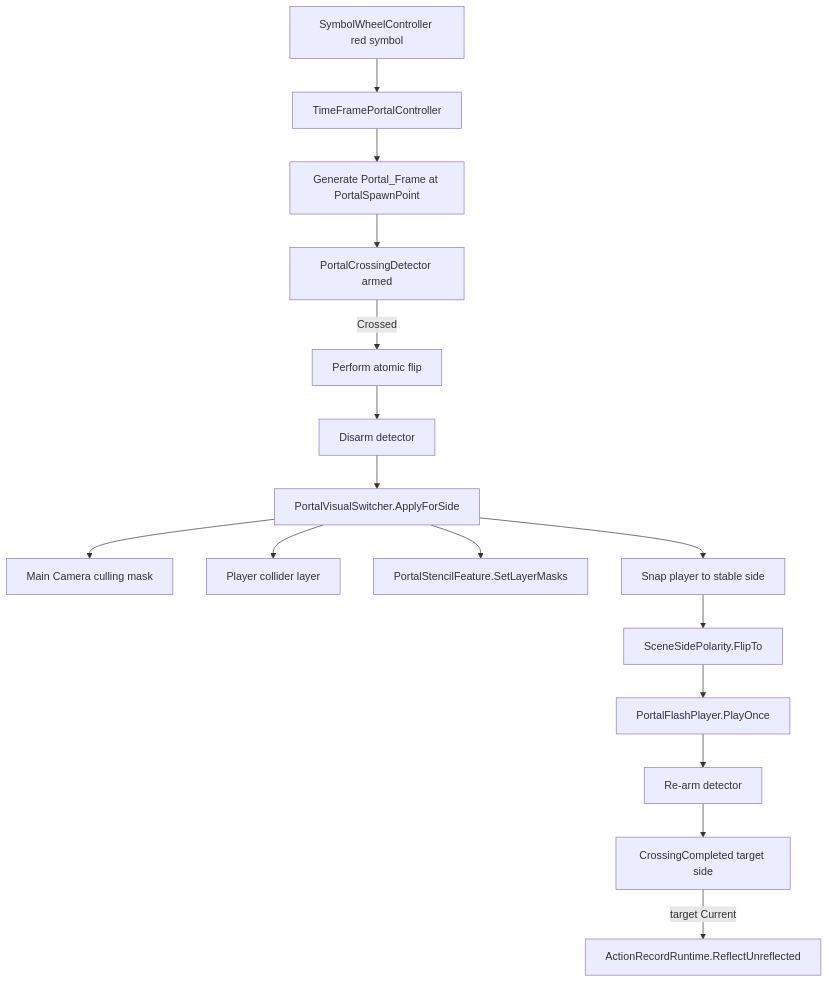
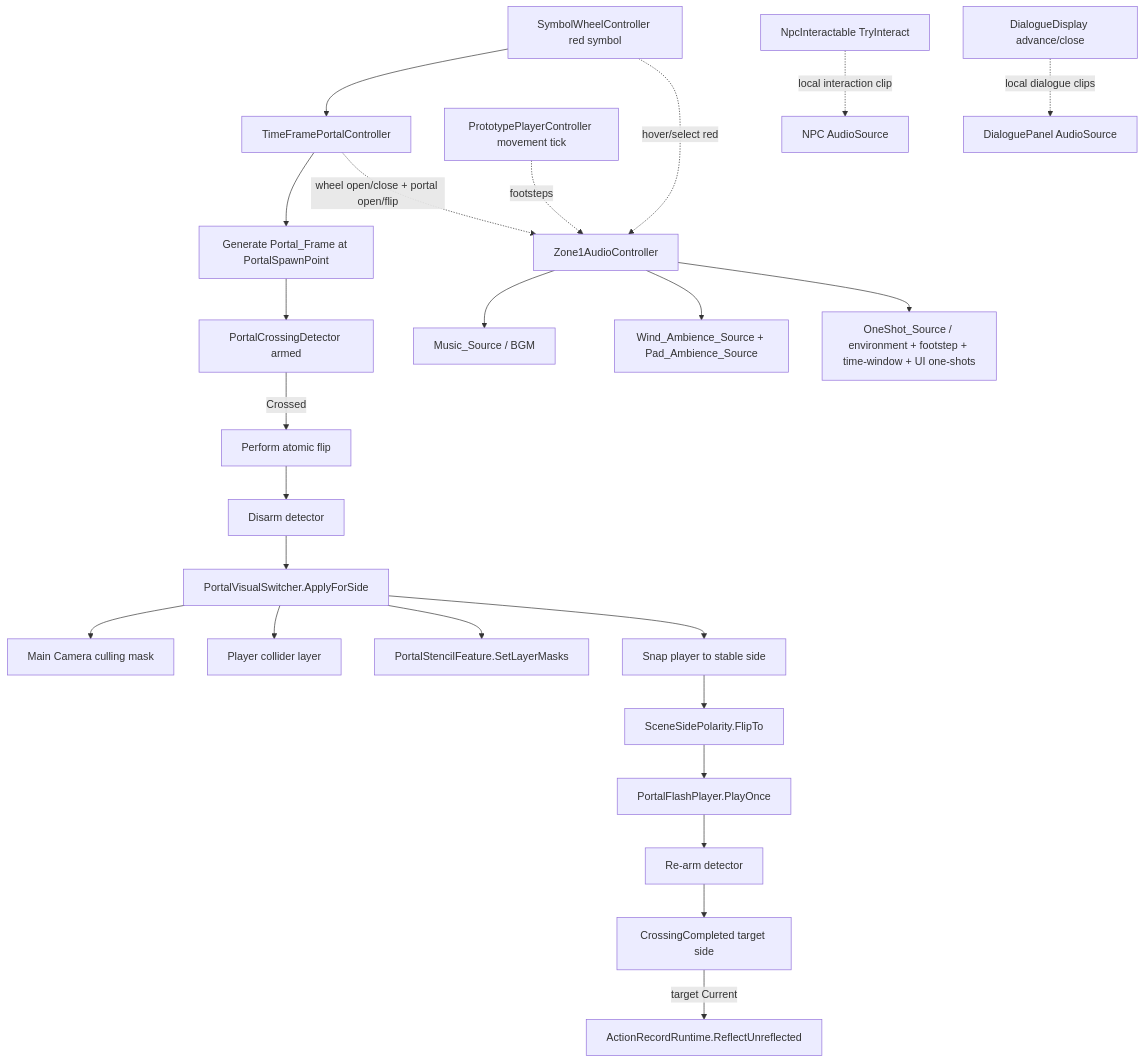
One commit to marvelousu/anemora changed the diagram in docs/scene_tour_anemora_main.md. Above: the diagram before and after it, drawn with Mermaid. The commit also changed other lines of this file, not shown here.

Commit message:
Update scene tour doc to v0.2 with Niro lore and audio wiring

````diff
--- a/docs/scene_tour_anemora_main.md
+++ b/docs/scene_tour_anemora_main.md
@@ -113,18 +134,26 @@
 ```mermaid
 flowchart TD
     Wheel[SymbolWheelController red symbol] --> Controller[TimeFramePortalController]
+    Wheel -. hover/select red .-> Audio[Zone1AudioController]
     Controller --> Generate[Generate Portal_Frame at PortalSpawnPoint]
+    Controller -. wheel open/close + portal open/flip .-> Audio
     Generate --> Detector[PortalCrossingDetector armed]
     Detector -->|Crossed| Flip[Perform atomic flip]
     Flip --> Disarm[Disarm detector]
     Disarm --> Visual[PortalVisualSwitcher.ApplyForSide]
     Visual --> Camera[Main Camera culling mask]
     Visual --> PlayerLayer[Player collider layer]
     Visual --> Stencil[PortalStencilFeature.SetLayerMasks]
     Visual --> Snap[Snap player to stable side]
     Snap --> Polarity[SceneSidePolarity.FlipTo]
     Polarity --> Flash[PortalFlashPlayer.PlayOnce]
     Flash --> Rearm[Re-arm detector]
     Rearm --> Complete[CrossingCompleted target side]
     Complete -->|target Current| Runtime[ActionRecordRuntime.ReflectUnreflected]
+    PlayerCtrl[PrototypePlayerController movement tick] -. footsteps .-> Audio
+    Npc[NpcInteractable TryInteract] -. local interaction clip .-> NpcSource[NPC AudioSource]
+    Dialog[DialogueDisplay advance/close] -. local dialogue clips .-> DialogSource[DialoguePanel AudioSource]
+    Audio --> Music[Music_Source / BGM]
+    Audio --> Ambience[Wind_Ambience_Source + Pad_Ambience_Source]
+    Audio --> OneShot[OneShot_Source / environment + footstep + time-window + UI one-shots]
 ```
````
